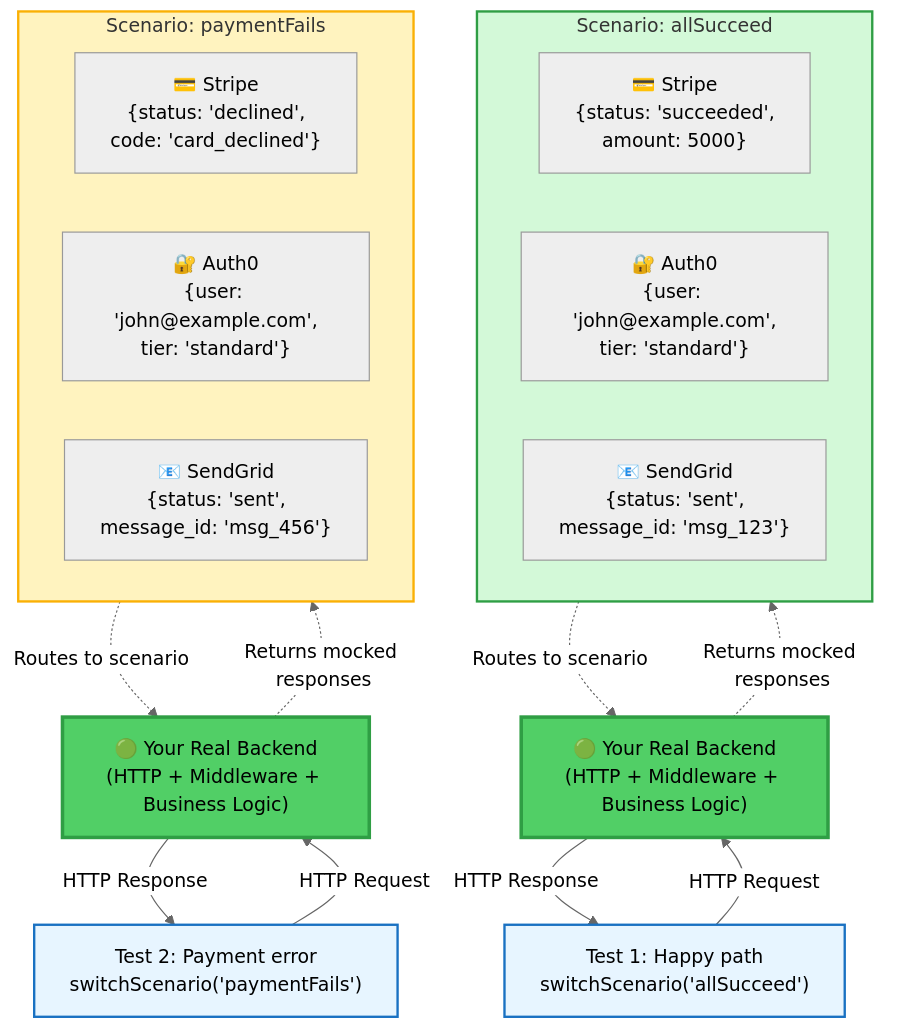
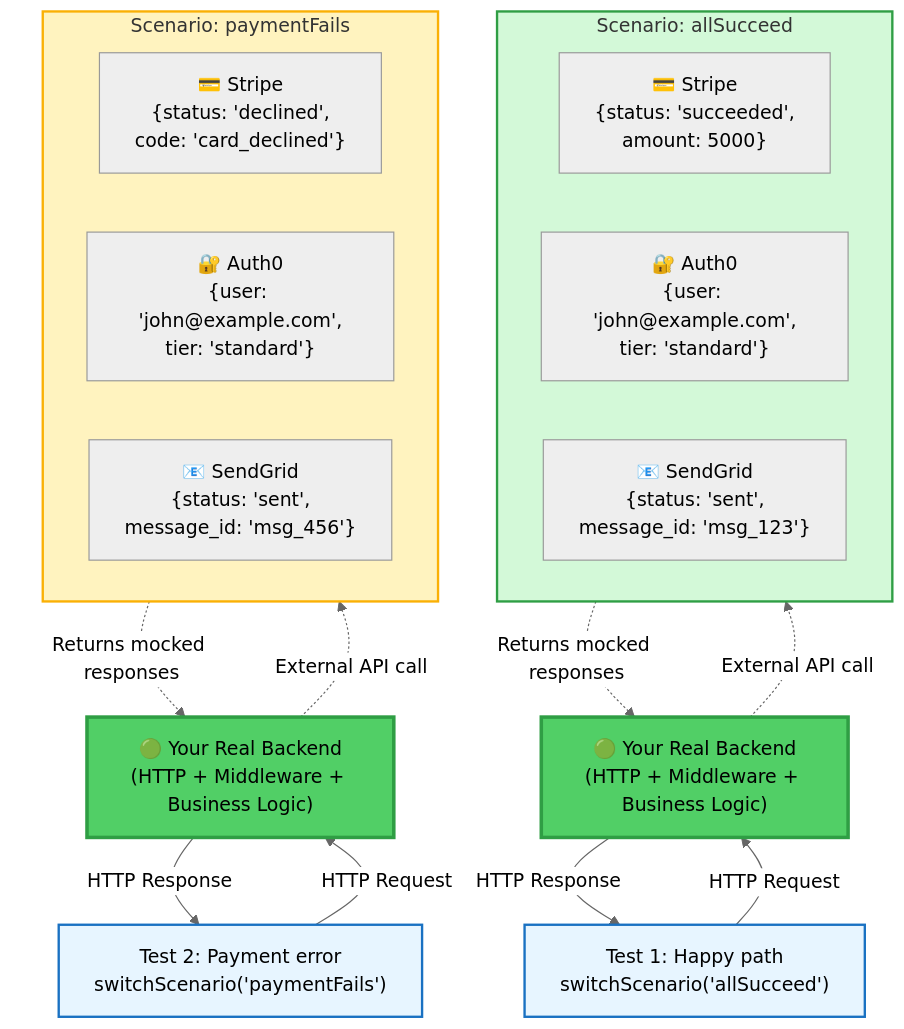
The first of 3 diagrams in apps/docs/src/content/docs/introduction/overview.md (citypaul/scenarist), drawn with Mermaid before and after one commit.

Commit message:
docs: correct diagram flow with tests on top
- Tests remain at top of diagram (TB layout)
- Backend → Scenario: 'External API call' (downward arrow)
- Scenario → Backend: 'Returns mocked responses' (upward arrow)
- Complete flow: Test → Backend → Scenario → Backend → Test

````diff
--- a/apps/docs/src/content/docs/introduction/overview.md
+++ b/apps/docs/src/content/docs/introduction/overview.md
@@ -16,39 +16,39 @@
 ```mermaid
 %%{init: {'theme':'neutral', 'themeVariables': {'fontSize':'16px', 'fontFamily':'arial'}}}%%
 graph TB
     T1["Test 1: Happy path<br/>switchScenario('allSucceed')"]
     T2["Test 2: Payment error<br/>switchScenario('paymentFails')"]
 
     T1 -->|HTTP Request| B1["🟢 Your Real Backend<br/>(HTTP + Middleware + Business Logic)"]
     T2 -->|HTTP Request| B2["🟢 Your Real Backend<br/>(HTTP + Middleware + Business Logic)"]
 
-    S1 -.->|Routes to scenario| B1
-    S2 -.->|Routes to scenario| B2
+    B1 -.->|External API call| S1
+    B2 -.->|External API call| S2
 
     subgraph S1["Scenario: allSucceed"]
         direction LR
         S1A["💳 Stripe<br/>{status: 'succeeded',<br/>amount: 5000}"]
         S1B["🔐 Auth0<br/>{user: 'john@example.com',<br/>tier: 'standard'}"]
         S1C["📧 SendGrid<br/>{status: 'sent',<br/>message_id: 'msg_123'}"]
     end
 
     subgraph S2["Scenario: paymentFails"]
         direction LR
         S2A["💳 Stripe<br/>{status: 'declined',<br/>code: 'card_declined'}"]
         S2B["🔐 Auth0<br/>{user: 'john@example.com',<br/>tier: 'standard'}"]
         S2C["📧 SendGrid<br/>{status: 'sent',<br/>message_id: 'msg_456'}"]
     end
 
-    B1 -.->|Returns mocked responses| S1
-    B2 -.->|Returns mocked responses| S2
+    S1 -.->|Returns mocked responses| B1
+    S2 -.->|Returns mocked responses| B2
 
     B1 -->|HTTP Response| T1
     B2 -->|HTTP Response| T2
 
     style T1 fill:#e7f5ff,stroke:#1971c2,stroke-width:2px
     style T2 fill:#e7f5ff,stroke:#1971c2,stroke-width:2px
     style B1 fill:#51cf66,stroke:#2f9e44,stroke-width:3px
     style B2 fill:#51cf66,stroke:#2f9e44,stroke-width:3px
     style S1 fill:#d3f9d8,stroke:#2f9e44,stroke-width:2px
     style S2 fill:#fff3bf,stroke:#fab005,stroke-width:2px
 ```
````
